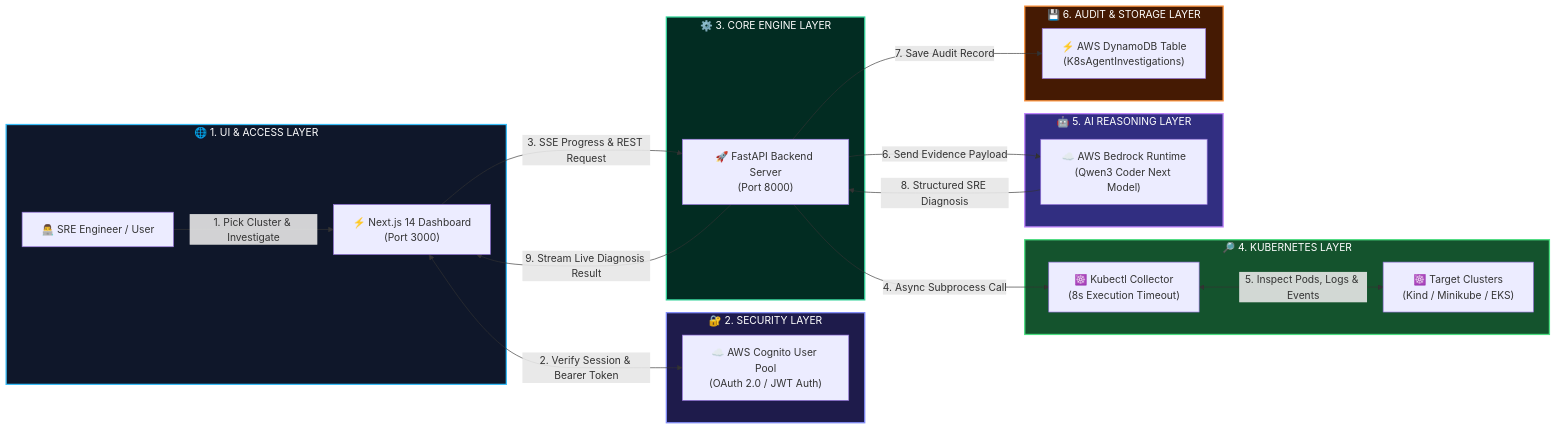
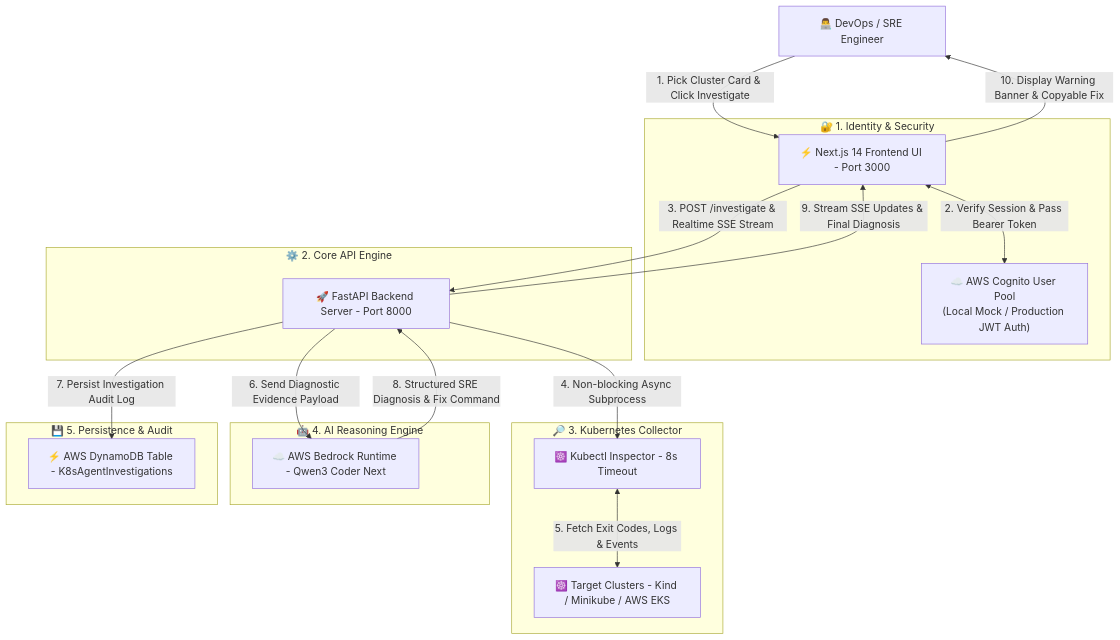
Before and after one commit to singhdeepanshu20-droid/AI-DevOps-Kubernetes-Agent: the first of 2 diagrams in README.md, drawn with Mermaid. The commit also changed other lines of this file, not shown here.

Commit message:
docs: align High-Level Architecture diagram to vertical flowchart TD style and add complete Docker & AWS cleanup guide

````diff
--- a/README.md
+++ b/README.md
@@ -11,43 +11,35 @@
 ```mermaid
-flowchart LR
-    subgraph UI_Layer ["🌐 1. UI & ACCESS LAYER"]
-        User["👨‍💻 SRE Engineer / User"] -->|1. Pick Cluster & Investigate| UI["⚡ Next.js 14 Dashboard\n(Port 3000)"]
+flowchart TD
+    User["👨‍💻 DevOps / SRE Engineer"] -->|1. Pick Cluster Card & Click Investigate| UI["⚡ Next.js 14 Frontend UI - Port 3000"]
+
+    subgraph Security_Layer ["🔐 1. Identity & Security"]
+        Cognito["☁️ AWS Cognito User Pool\n(Local Mock / Production JWT Auth)"]
+        UI <-->|2. Verify Session & Pass Bearer Token| Cognito
     end
 
-    subgraph Auth_Layer ["🔐 2. SECURITY LAYER"]
-        Cognito["☁️ AWS Cognito User Pool\n(OAuth 2.0 / JWT Auth)"]
-        UI <-->|2. Verify Session & Bearer Token| Cognito
+    subgraph Backend_Layer ["⚙️ 2. Core API Engine"]
+        FastAPI["🚀 FastAPI Backend Server - Port 8000"]
+        UI -->|3. POST /investigate & Realtime SSE Stream| FastAPI
     end
 
-    subgraph Backend_Layer ["⚙️ 3. CORE ENGINE LAYER"]
-        API["🚀 FastAPI Backend Server\n(Port 8000)"]
-        UI -->|3. SSE Progress & REST Request| API
+    subgraph Collector_Layer ["🔎 3. Kubernetes Collector"]
+        Kubectl["☸️ Kubectl Inspector - 8s Timeout"]
+        K8sClusters["☸️ Target Clusters - Kind / Minikube / AWS EKS"]
+        FastAPI -->|4. Non-blocking Async Subprocess| Kubectl
+        Kubectl <-->|5. Fetch Exit Codes, Logs & Events| K8sClusters
     end
 
-    subgraph K8s_Layer ["🔎 4. KUBERNETES LAYER"]
-        Inspector["☸️ Kubectl Collector\n(8s Execution Timeout)"]
-        K8sCluster["☸️ Target Clusters\n(Kind / Minikube / EKS)"]
-        API -->|4. Async Subprocess Call| Inspector
-        Inspector <-->|5. Inspect Pods, Logs & Events| K8sCluster
+    subgraph AI_Layer ["🤖 4. AI Reasoning Engine"]
+        Bedrock["☁️ AWS Bedrock Runtime - Qwen3 Coder Next"]
+        FastAPI -->|6. Send Diagnostic Evidence Payload| Bedrock
     end
 
-    subgraph AI_Layer ["🤖 5. AI REASONING LAYER"]
-        Bedrock["☁️ AWS Bedrock Runtime\n(Qwen3 Coder Next Model)"]
-        API -->|6. Send Evidence Payload| Bedrock
+    subgraph Storage_Layer ["💾 5. Persistence & Audit"]
+        DynamoDB["⚡ AWS DynamoDB Table - K8sAgentInvestigations"]
+        FastAPI -->|7. Persist Investigation Audit Log| DynamoDB
     end
 
-    subgraph Storage_Layer ["💾 6. AUDIT & STORAGE LAYER"]
-        DynamoDB["⚡ AWS DynamoDB Table\n(K8sAgentInvestigations)"]
-        API -->|7. Save Audit Record| DynamoDB
-    end
-
-    Bedrock -->|8. Structured SRE Diagnosis| API
-    API -->|9. Stream Live Diagnosis Result| UI
-
-    style UI_Layer fill:#0f172a,stroke:#38bdf8,stroke-width:2px,color:#fff
-    style Auth_Layer fill:#1e1b4b,stroke:#818cf8,stroke-width:2px,color:#fff
-    style Backend_Layer fill:#022c22,stroke:#34d399,stroke-width:2px,color:#fff
-    style K8s_Layer fill:#14532d,stroke:#4ade80,stroke-width:2px,color:#fff
-    style AI_Layer fill:#312e81,stroke:#c084fc,stroke-width:2px,color:#fff
-    style Storage_Layer fill:#451a03,stroke:#fb923c,stroke-width:2px,color:#fff
+    Bedrock -->|8. Structured SRE Diagnosis & Fix Command| FastAPI
+    FastAPI -->|9. Stream SSE Updates & Final Diagnosis| UI
+    UI -->|10. Display Warning Banner & Copyable Fix| User
 ```
````
